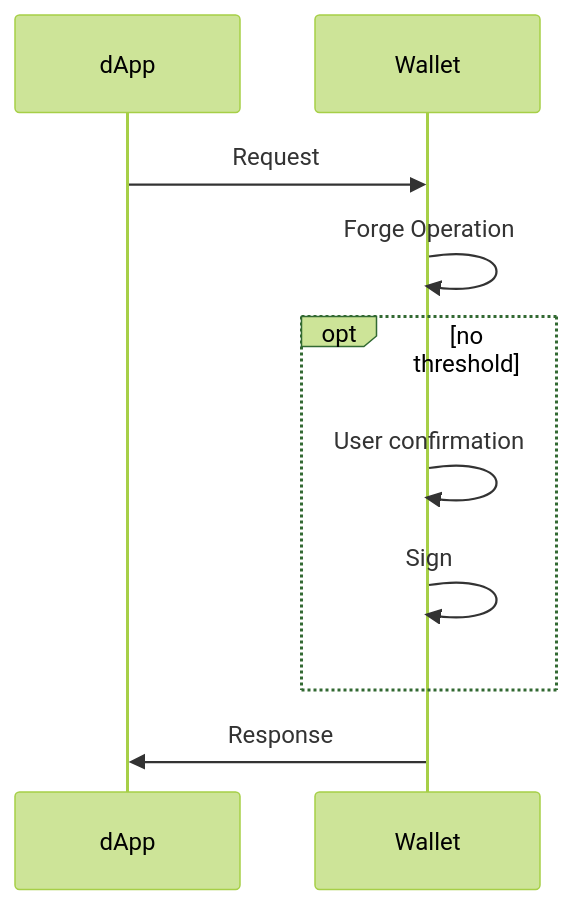
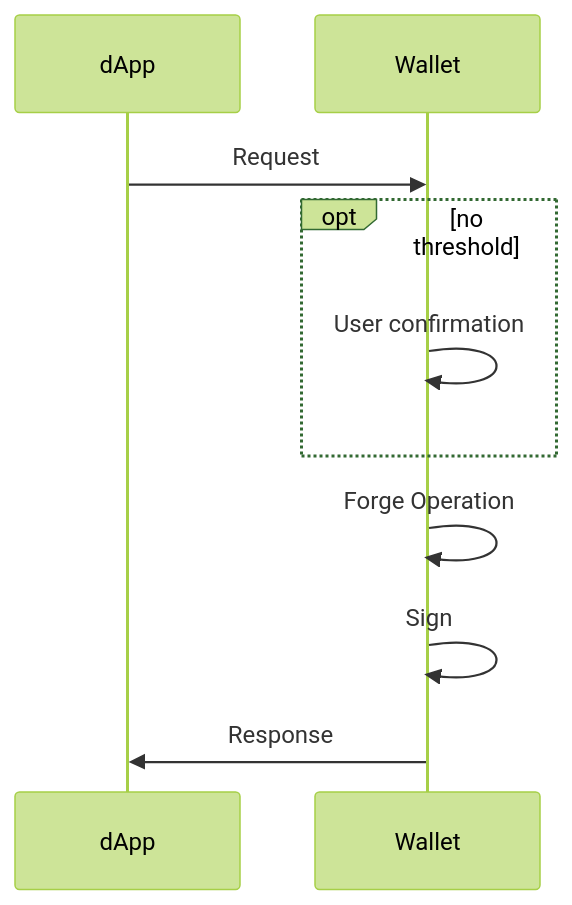
One commit to airgap-it/beacon-sdk changed the third of 5 diagrams in flows/P2PDirect.md. Above: the diagram before and after it, drawn with Mermaid (forest theme). The commit also changed other lines of this file and 3 other files, not shown here.

Commit message:
feat(flows): move forging to after user confirmation

````diff
--- a/flows/P2PDirect.md
+++ b/flows/P2PDirect.md
@@ -23,10 +23,13 @@
 ```mermaid
 sequenceDiagram
     dApp->>Wallet: Request
-    Wallet->>Wallet: Forge Operation
+
     opt no threshold
         Wallet->>Wallet: User confirmation
-        Wallet->>Wallet: Sign
     end
+
+    Wallet->>Wallet: Forge Operation
+    Wallet->>Wallet: Sign
+
     Wallet->>dApp: Response
 ```
````
